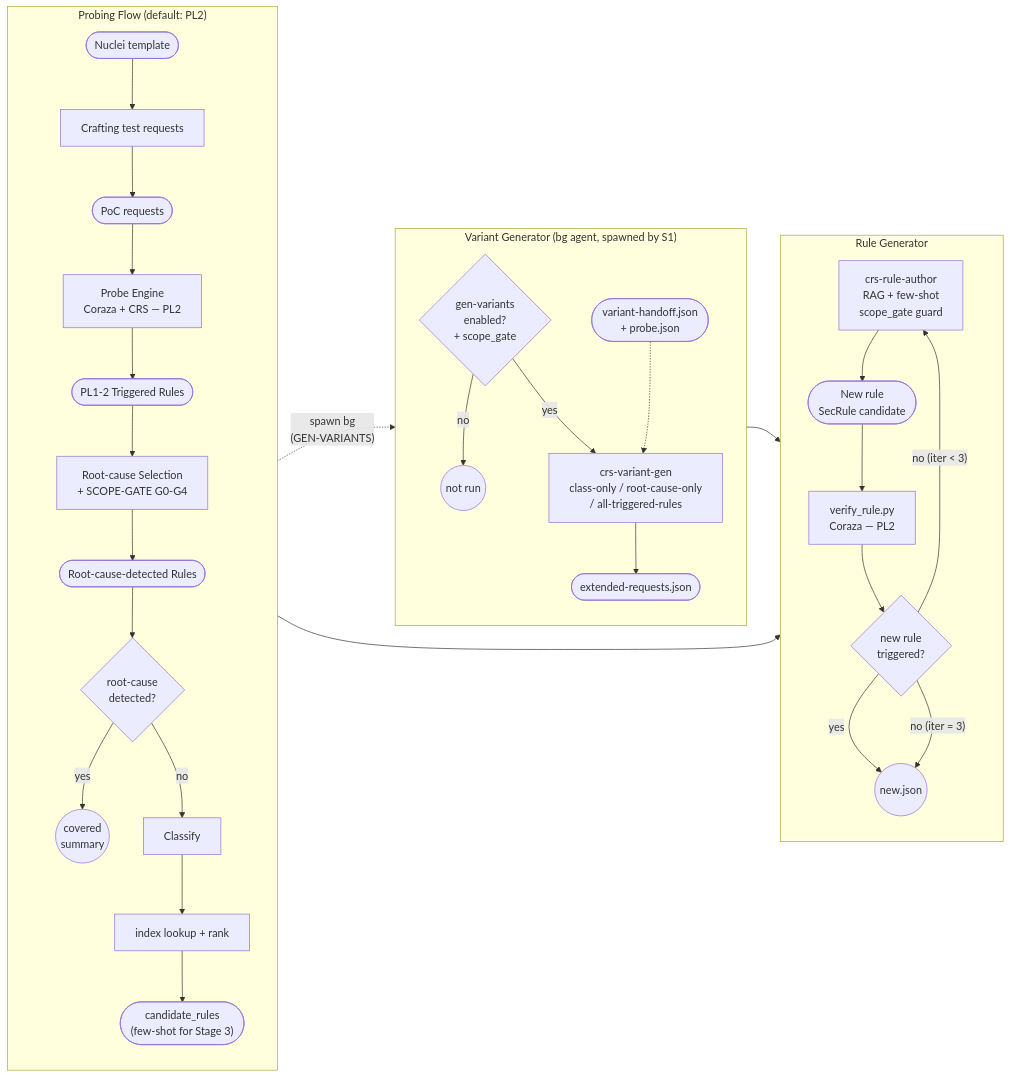
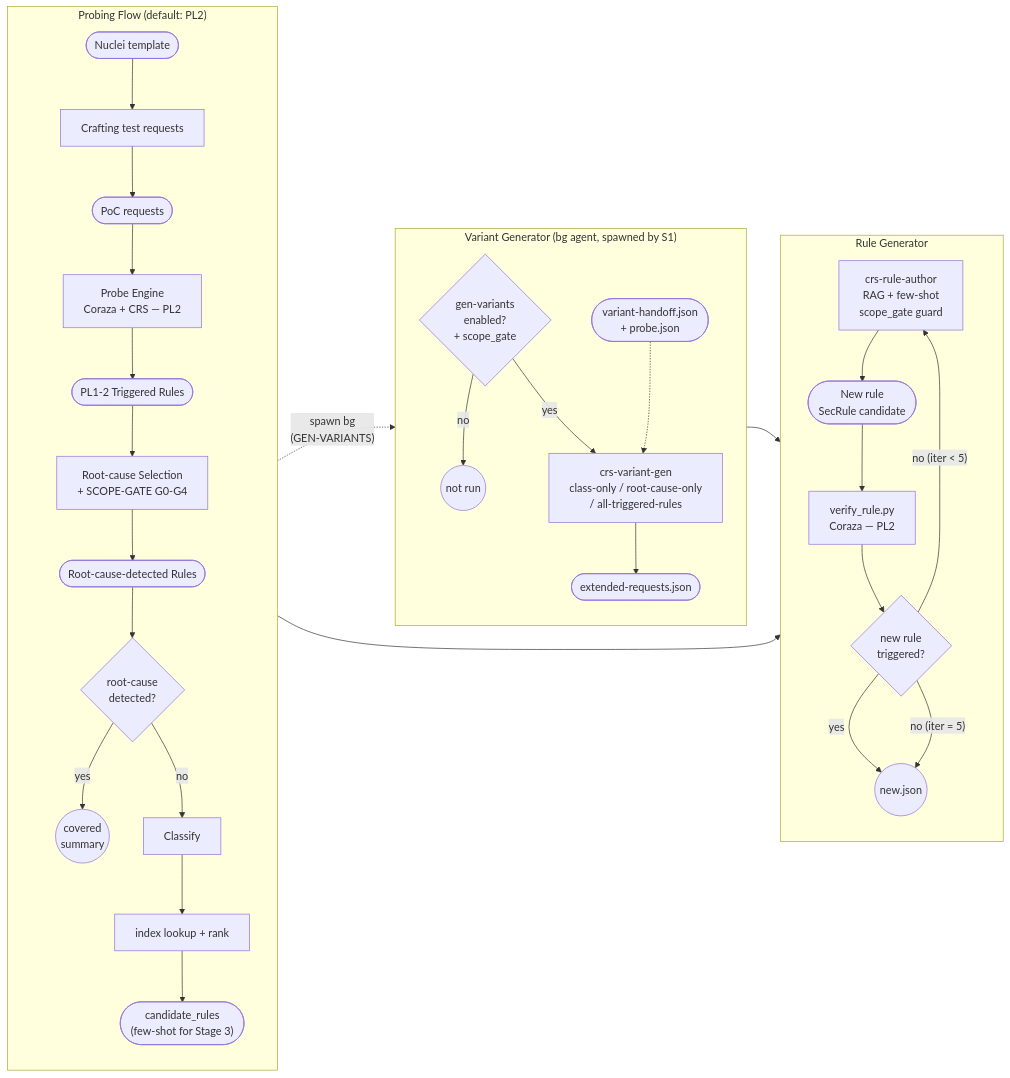
The diagram in workflow.md (uetsymphonique/crs-rule-generation-workflow), drawn with Mermaid before and after one commit. The commit also changed other lines of this file and 2 other files, not shown here.

````diff
--- a/workflow.md
+++ b/workflow.md
@@ -13,55 +13,55 @@
 ```mermaid
 flowchart LR
     subgraph S1["Probing Flow  (default: PL2)"]
         direction TB
         T(["Nuclei template"])
         CRAFT["Crafting test requests"]
         POC(["PoC requests"])
         PE1["Probe Engine\nCoraza + CRS — PL2"]
         FIRED(["PL1-2 Triggered Rules"])
         RCS["Root-cause Selection\n+ SCOPE-GATE  G0-G4"]
         RCDR(["Root-cause-detected Rules"])
         ADJ{"root-cause\ndetected?"}
         CL["Classify"]
         GREP["index lookup + rank"]
         CANDS(["candidate_rules\n(few-shot for Stage 3)"])
         COVSUMM(("covered\nsummary"))
 
         T --> CRAFT --> POC --> PE1 --> FIRED
         FIRED --> RCS --> RCDR --> ADJ
         ADJ -- yes --> COVSUMM
         ADJ -- no --> CL --> GREP --> CANDS
     end
 
     subgraph S2["Variant Generator  (bg agent, spawned by S1)"]
         direction TB
         GVD{"gen-variants\nenabled?\n+ scope_gate"}
         NOTRUN(("not run"))
         CTX(["variant-handoff.json\n+ probe.json"])
         VG["crs-variant-gen\nclass-only / root-cause-only\n/ all-triggered-rules"]
         EXT(["extended-requests.json"])
 
         GVD -- no --> NOTRUN
         GVD -- yes --> VG
         CTX -.-> VG
         VG --> EXT
     end
 
     subgraph S3["Rule Generator"]
         direction TB
         NRG["crs-rule-author\nRAG + few-shot\nscope_gate guard"]
         NRULES(["New rule\nSecRule candidate"])
         PE2["verify_rule.py\nCoraza — PL2"]
         VGATE{"new rule\ntriggered?"}
         NEWSUMM(("new.json"))
 
         NRG --> NRULES --> PE2 --> VGATE
         VGATE -- yes --> NEWSUMM
-        VGATE -- "no  (iter < 3)" --> NRG
-        VGATE -- "no  (iter = 3)" --> NEWSUMM
+        VGATE -- "no  (iter < 5)" --> NRG
+        VGATE -- "no  (iter = 5)" --> NEWSUMM
     end
 
     S1 -. "spawn bg\n(GEN-VARIANTS)" .-> GVD
     CANDS --> NRG
     EXT --> NRG
 ```
````
